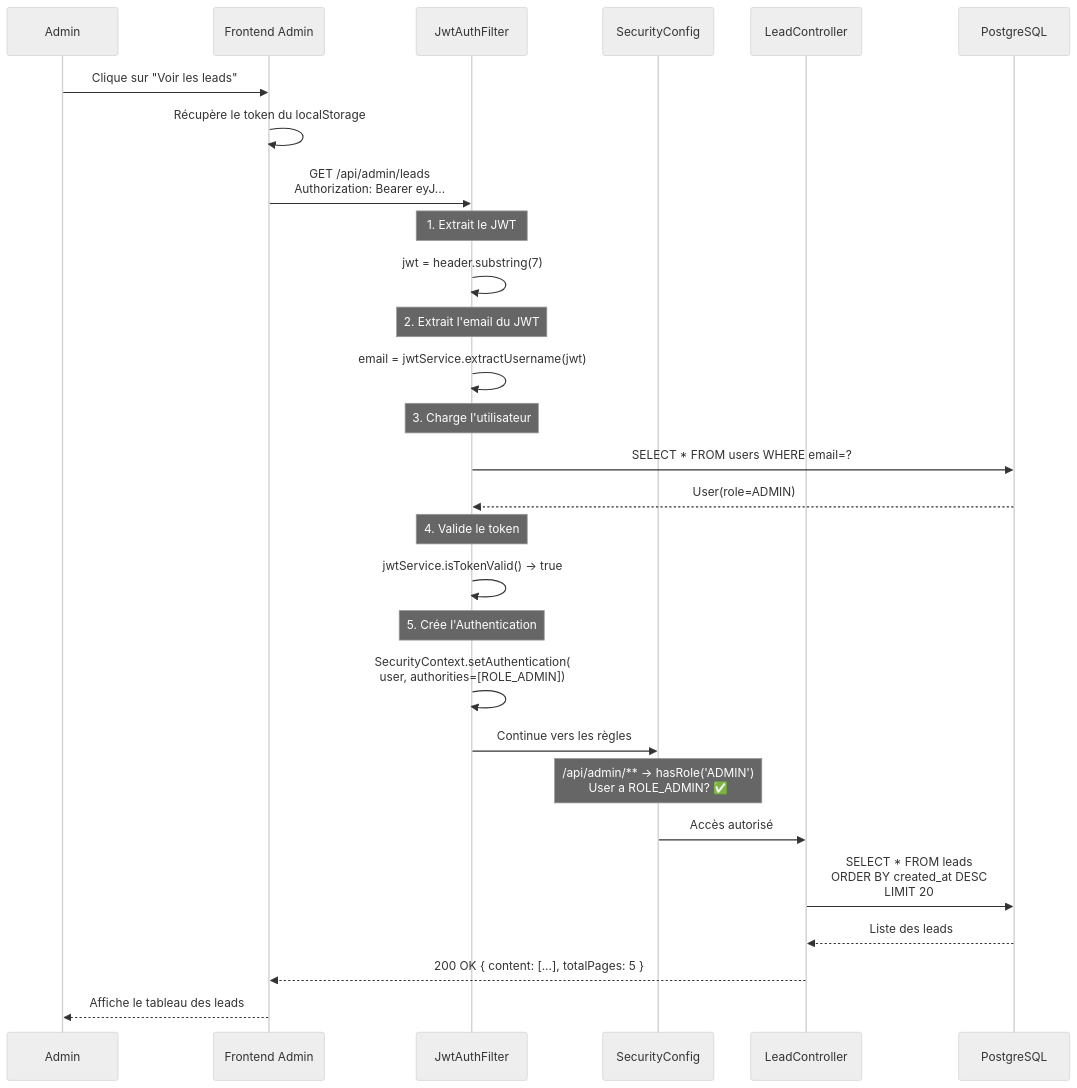
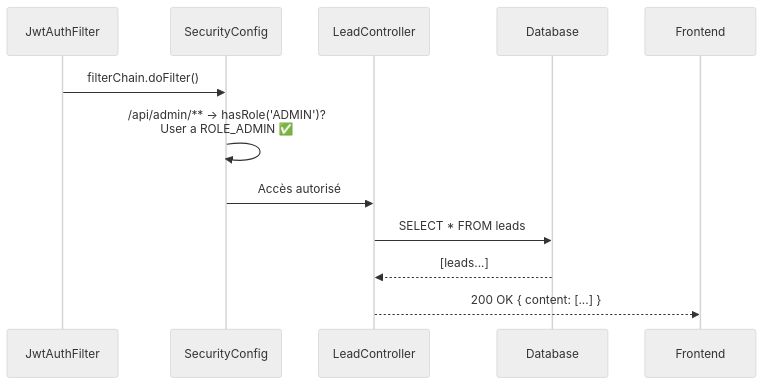
The seventh of 14 diagrams in cours/annexe-e-endpoints-scenarios.md (hrhouma1/inskillflow-docs-formation-spring-boot-projet-e-contact-backend), drawn with Mermaid (neutral theme) before and after one commit. The commit also changed other lines of this file and 1 other file, not shown here.

Commit message:
Simplification des diagrammes: divises en petites etapes lisibles

````diff
--- a/cours/annexe-e-endpoints-scenarios.md
+++ b/cours/annexe-e-endpoints-scenarios.md
@@ -220,39 +269,15 @@
 ```mermaid
 sequenceDiagram
-    participant A as Admin
-    participant F as Frontend Admin
     participant JAF as JwtAuthFilter
     participant SC as SecurityConfig
     participant LC as LeadController
-    participant DB as PostgreSQL
+    participant DB as Database
+    participant F as Frontend
     
-    A->>F: Clique sur "Voir les leads"
-    F->>F: Récupère le token du localStorage
-    F->>JAF: GET /api/admin/leads<br/>Authorization: Bearer eyJ...
-    
-    Note over JAF: 1. Extrait le JWT
-    JAF->>JAF: jwt = header.substring(7)
-    
-    Note over JAF: 2. Extrait l'email du JWT
-    JAF->>JAF: email = jwtService.extractUsername(jwt)
-    
-    Note over JAF: 3. Charge l'utilisateur
-    JAF->>DB: SELECT * FROM users WHERE email=?
-    DB-->>JAF: User(role=ADMIN)
-    
-    Note over JAF: 4. Valide le token
-    JAF->>JAF: jwtService.isTokenValid() → true
-    
-    Note over JAF: 5. Crée l'Authentication
-    JAF->>JAF: SecurityContext.setAuthentication(<br/>user, authorities=[ROLE_ADMIN])
-    
-    JAF->>SC: Continue vers les règles
-    
-    Note over SC: /api/admin/** → hasRole('ADMIN')<br/>User a ROLE_ADMIN? ✅
-    
+    JAF->>SC: filterChain.doFilter()
+    SC->>SC: /api/admin/** → hasRole('ADMIN')?<br/>User a ROLE_ADMIN ✅
     SC->>LC: Accès autorisé
-    LC->>DB: SELECT * FROM leads<br/>ORDER BY created_at DESC<br/>LIMIT 20
-    DB-->>LC: Liste des leads
-    LC-->>F: 200 OK { content: [...], totalPages: 5 }
-    F-->>A: Affiche le tableau des leads
+    LC->>DB: SELECT * FROM leads
+    DB-->>LC: [leads...]
+    LC-->>F: 200 OK { content: [...] }
 ```
````
